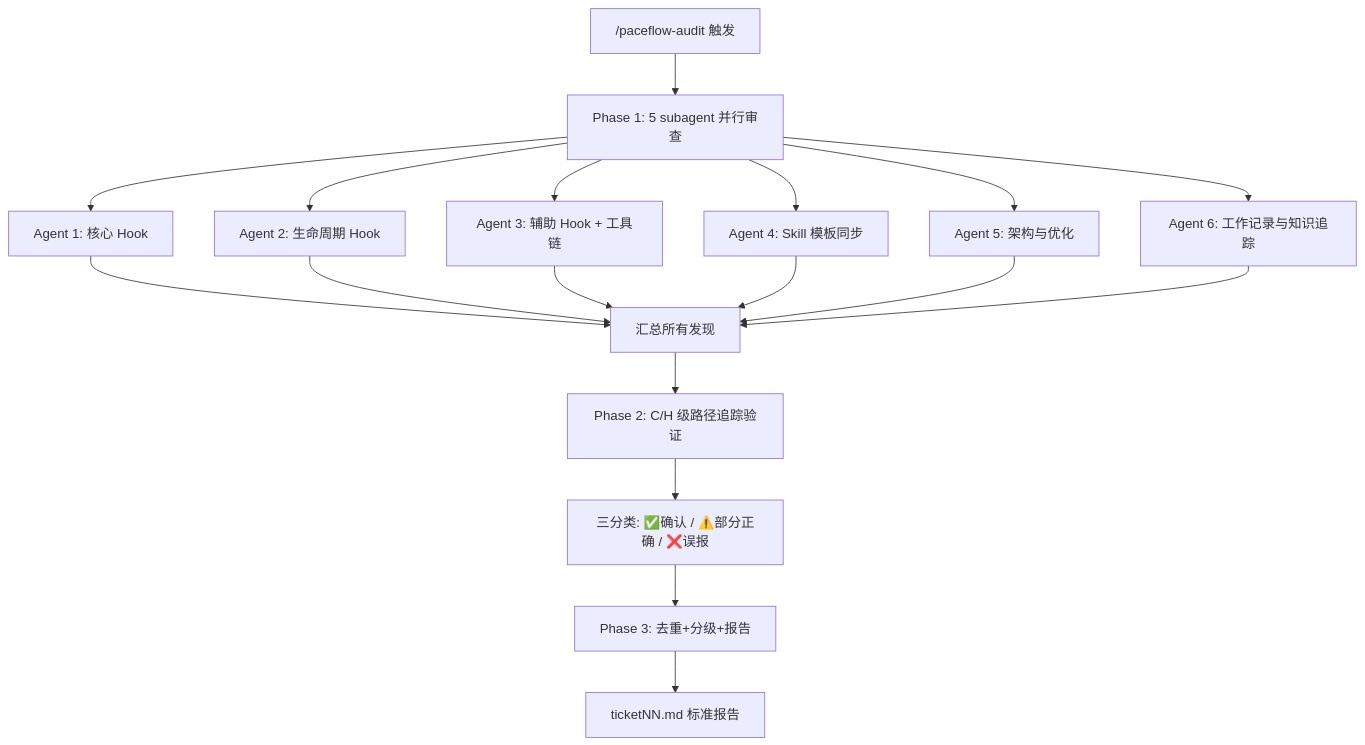
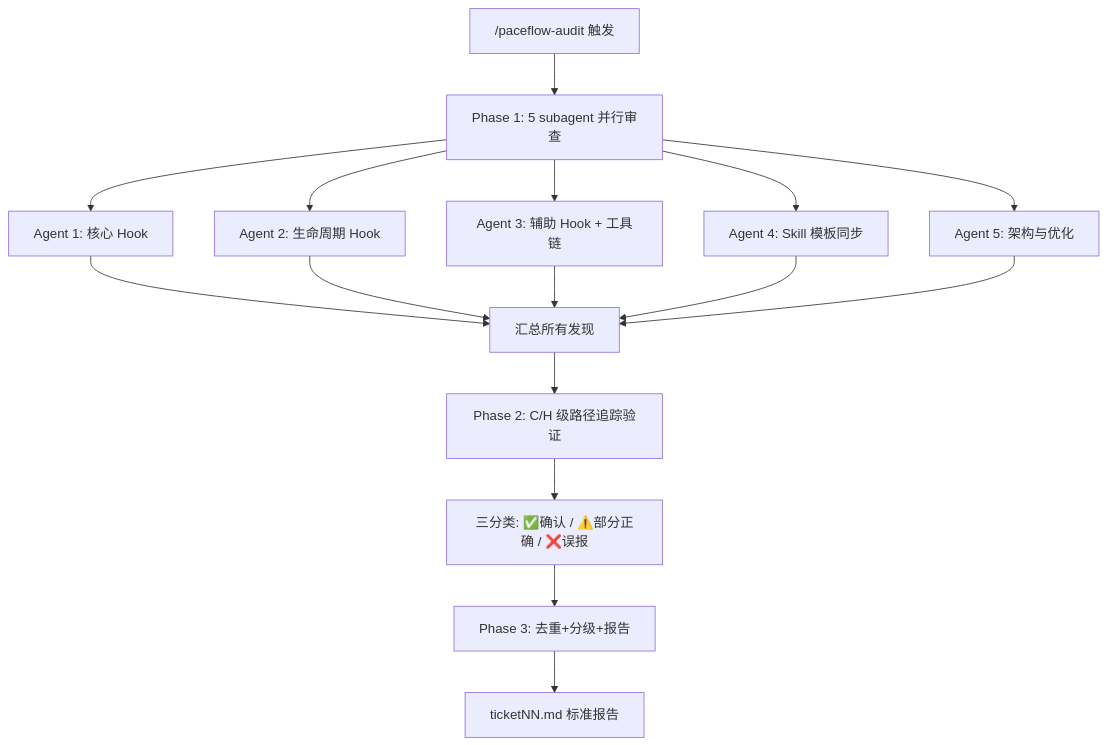
The diagram in skills/paceflow-audit/SKILL.md (gdutboy/paceflow), drawn with Mermaid before and after one commit. The commit also changed other lines of this file and 8 other files, not shown here.

````diff
--- a/skills/paceflow-audit/SKILL.md
+++ b/skills/paceflow-audit/SKILL.md
@@ -100,15 +99,14 @@
 ```mermaid
 flowchart TD
     A["/paceflow-audit 触发"] --> B["Phase 1: 5 subagent 并行审查"]
     B --> C1["Agent 1: 核心 Hook"]
     B --> C2["Agent 2: 生命周期 Hook"]
     B --> C3["Agent 3: 辅助 Hook + 工具链"]
     B --> C4["Agent 4: Skill 模板同步"]
     B --> C5["Agent 5: 架构与优化"]
-    B --> C6["Agent 6: 工作记录与知识追踪"]
-    C1 & C2 & C3 & C4 & C5 & C6 --> D["汇总所有发现"]
+    C1 & C2 & C3 & C4 & C5 --> D["汇总所有发现"]
     D --> E["Phase 2: C/H 级路径追踪验证"]
     E --> F["三分类: ✅确认 / ⚠️部分正确 / ❌误报"]
     F --> G["Phase 3: 去重+分级+报告"]
     G --> H["ticketNN.md 标准报告"]
 ```
````
